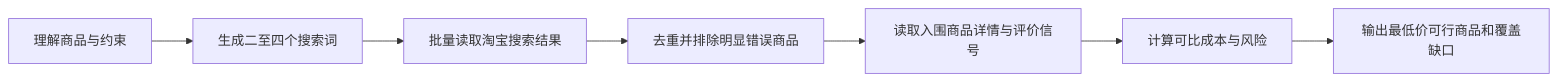
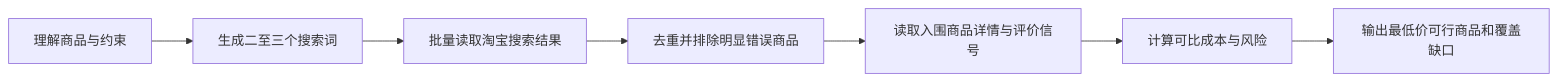
Before and after one commit to AIALRA-0/AIALRA-TAOBAO-PRICE-RESEARCH: the diagram in .agents/skills/taobao-price-research/SKILL.md, drawn with Mermaid. The commit also changed other lines of this file and 9 other files, not shown here.

````diff
--- a/.agents/skills/taobao-price-research/SKILL.md
+++ b/.agents/skills/taobao-price-research/SKILL.md
@@ -32,9 +32,9 @@
 ```mermaid
 flowchart LR
-    A["理解商品与约束"] --> B["生成二至四个搜索词"]
+    A["理解商品与约束"] --> B["生成二至三个搜索词"]
     B --> C["批量读取淘宝搜索结果"]
     C --> D["去重并排除明显错误商品"]
     D --> E["读取入围商品详情与评价信号"]
     E --> F["计算可比成本与风险"]
     F --> G["输出最低价可行商品和覆盖缺口"]
 ```
````
